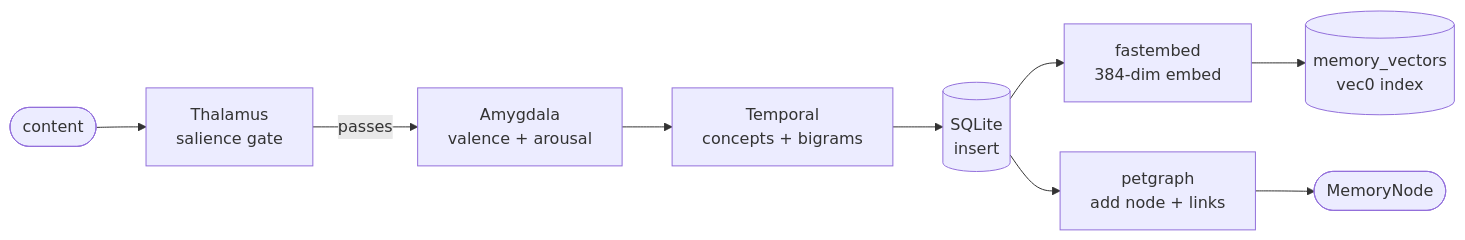
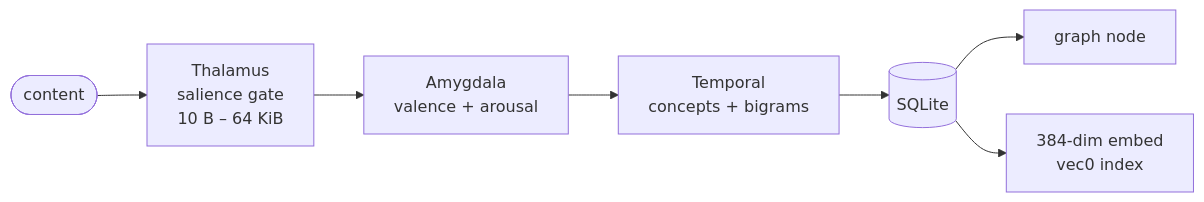
Before and after one commit to buckster123/CerebroCortex-RS: the second of 6 diagrams in README.md, drawn with Mermaid. The commit also changed other lines of this file and 1 other file, not shown here.

````diff
--- a/README.md
+++ b/README.md
@@ -103,11 +171,9 @@
 ```mermaid
 flowchart LR
-    Input([content]) --> TH[Thalamus\nsalience gate]
-    TH -->|passes| AM[Amygdala\nvalence + arousal]
-    AM --> TE[Temporal\nconcepts + bigrams]
-    TE --> SQ[(SQLite\ninsert)]
-    SQ --> VE[fastembed\n384-dim embed]
-    SQ --> GR[petgraph\nadd node + links]
-    VE --> SQ2[(memory_vectors\nvec0 index)]
-    GR --> Result([MemoryNode])
+    Input([content]) --> TH[Thalamus<br/>salience gate<br/>10 B – 64 KiB]
+    TH --> AM[Amygdala<br/>valence + arousal]
+    AM --> TE[Temporal<br/>concepts + bigrams]
+    TE --> SQ[(SQLite)]
+    SQ --> GR[graph node]
+    SQ --> VE[384-dim embed<br/>vec0 index]
 ```
````
